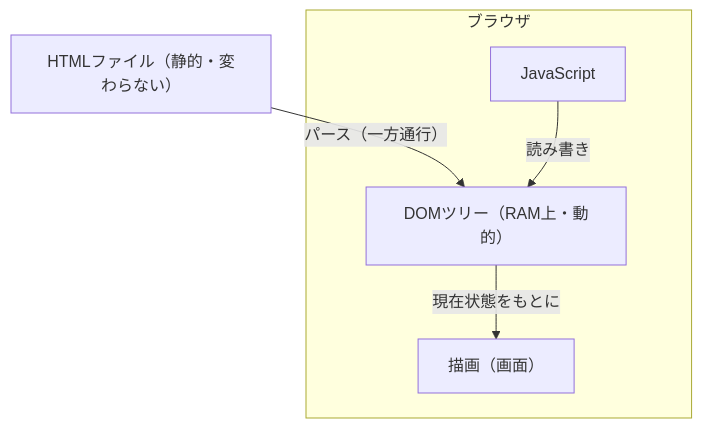
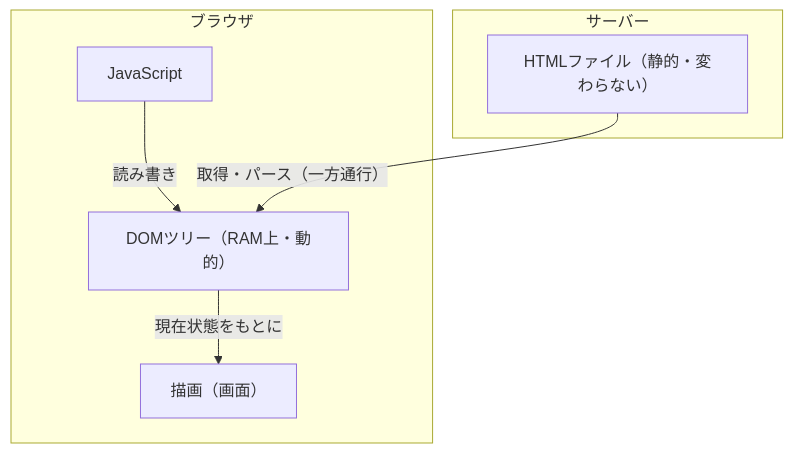
One commit to Bassiy/share_knowledge changed the diagram in concepts/dom.md. Above: the diagram before and after it, drawn with Mermaid.

Commit message:
sync: update from info repo

````diff
--- a/concepts/dom.md
+++ b/concepts/dom.md
@@ -25,12 +25,15 @@
 ```mermaid
 flowchart TD
-    A["HTMLファイル（静的・変わらない）"]
-    -->|パース（一方通行）| B
+    subgraph サーバー
+        A["HTMLファイル（静的・変わらない）"]
+    end
 
     subgraph ブラウザ
         B["DOMツリー（RAM上・動的）"]
         D["JavaScript"]
         D -->|読み書き| B
         B -->|現在状態をもとに| C["描画（画面）"]
     end
+
+    A -->|取得・パース（一方通行）| B
 ```
````
